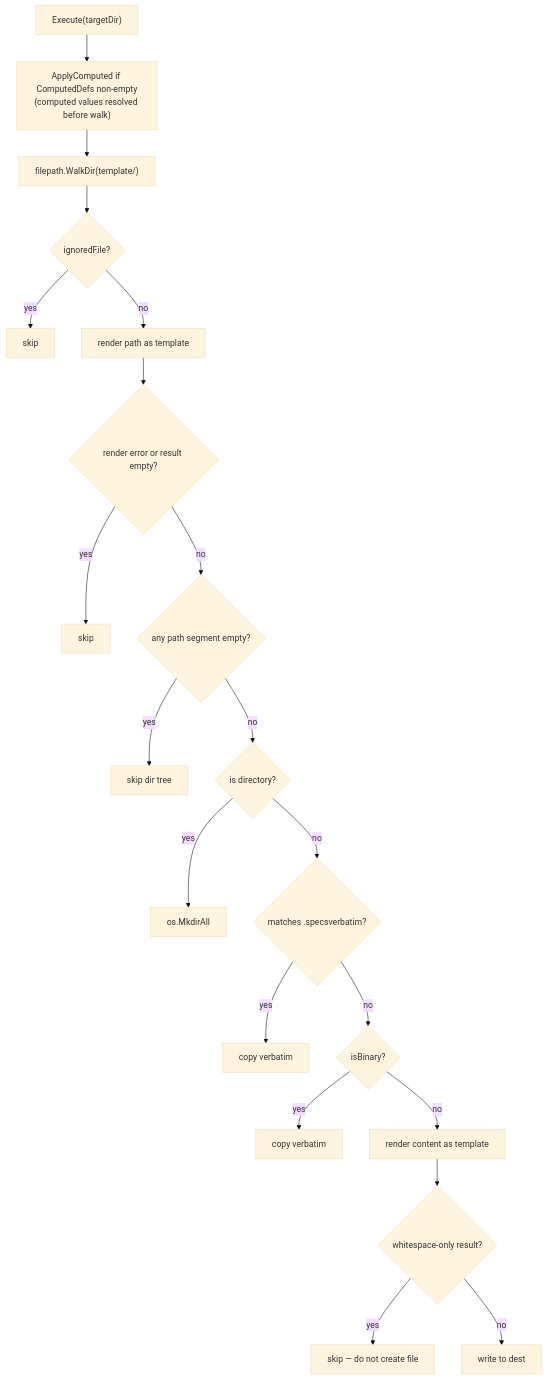
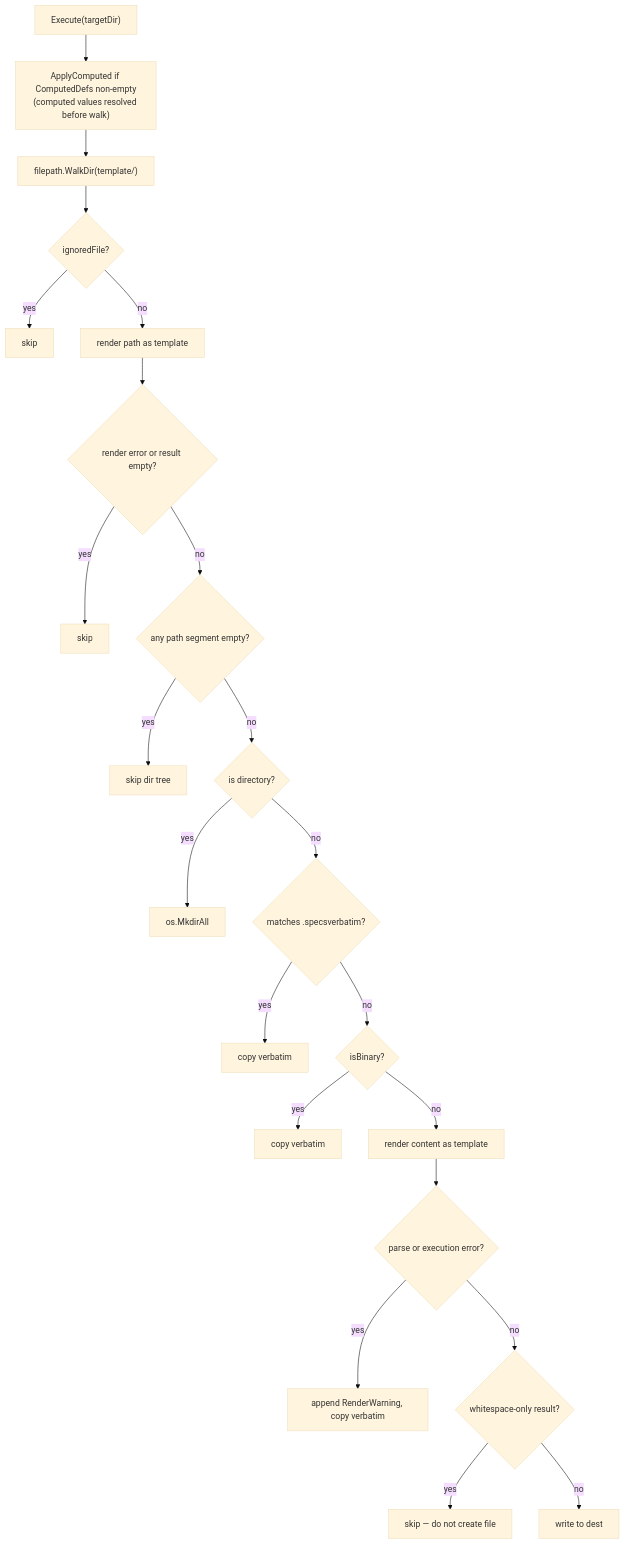
One commit to specsnl/specs-cli changed the diagram in docs/content/docs/architecture/template-engine.md. Above: the diagram before and after it, drawn with Mermaid (base theme). The commit also changed other lines of this file and 6 other files, not shown here.

````diff
--- a/docs/content/docs/architecture/template-engine.md
+++ b/docs/content/docs/architecture/template-engine.md
@@ -129,22 +129,24 @@
 ```mermaid
 flowchart TD
     A["Execute(targetDir)"] --> B["ApplyComputed if ComputedDefs non-empty\n(computed values resolved before walk)"]
     B --> C["filepath.WalkDir(template/)"]
     C --> D{ignoredFile?}
     D -->|yes| Skip1[skip]
     D -->|no| E[render path as template]
     E --> F{render error or result empty?}
     F -->|yes| Skip2[skip]
     F -->|no| G{any path segment empty?}
     G -->|yes| Skip3[skip dir tree]
     G -->|no| H{is directory?}
     H -->|yes| Mkdir[os.MkdirAll]
     H -->|no| I{matches .specsverbatim?}
     I -->|yes| Copy1[copy verbatim]
     I -->|no| J{isBinary?}
     J -->|yes| Copy2[copy verbatim]
     J -->|no| K[render content as template]
-    K --> L{whitespace-only result?}
+    K --> KE{parse or execution error?}
+    KE -->|yes| Warn["append RenderWarning, copy verbatim"]
+    KE -->|no| L{whitespace-only result?}
     L -->|yes| Skip4[skip — do not create file]
     L -->|no| Write[write to dest]
 ```
````
